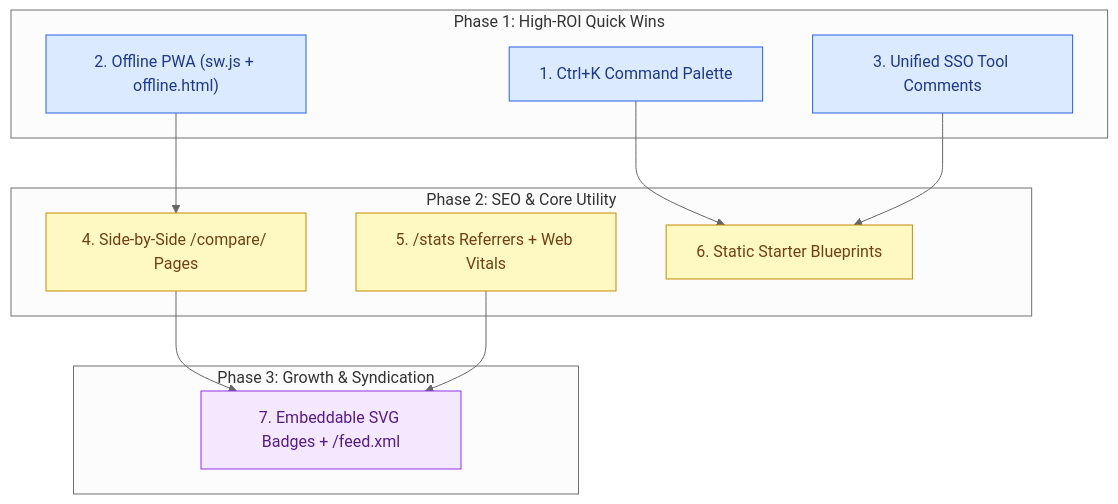
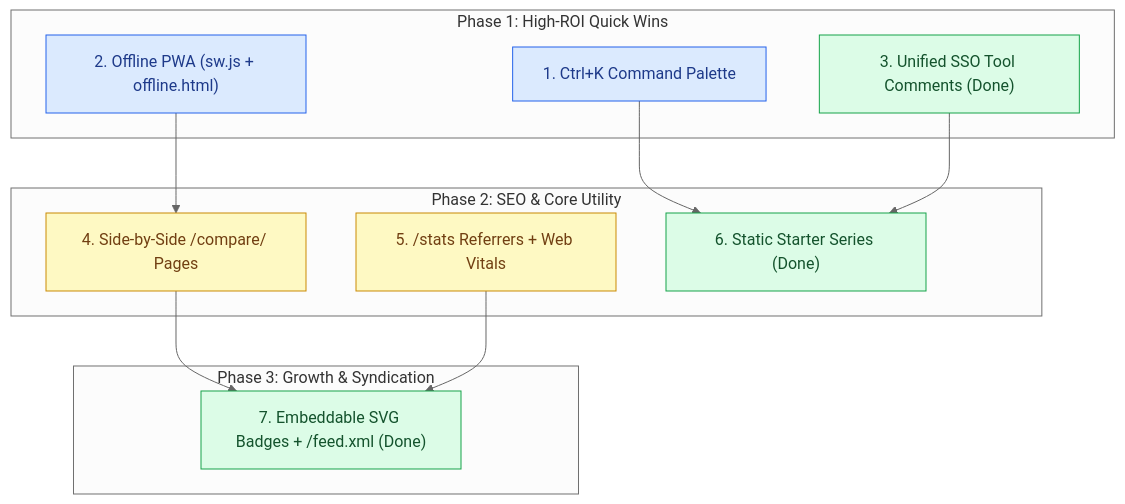
The diagram in suggest.md (E6WeB/htmlstatic), drawn with Mermaid (neutral theme) before and after one commit. The commit also changed other lines of this file, not shown here.

````diff
--- a/suggest.md
+++ b/suggest.md
@@ -59,28 +58,29 @@
 ```mermaid
 flowchart TD
     classDef phase1 fill:#dbeafe,stroke:#2563eb,color:#1e3a8a
     classDef phase2 fill:#fef9c3,stroke:#ca8a04,color:#713f12
     classDef phase3 fill:#f3e8ff,stroke:#9333ea,color:#581c87
+    classDef done fill:#dcfce7,stroke:#16a34a,color:#14532d
 
     subgraph "Phase 1: High-ROI Quick Wins"
         P1A["1. Ctrl+K Command Palette"]:::phase1
         P1B["2. Offline PWA (sw.js + offline.html)"]:::phase1
-        P1C["3. Unified SSO Tool Comments"]:::phase1
+        P1C["3. Unified SSO Tool Comments (Done)"]:::done
     end
 
     subgraph "Phase 2: SEO & Core Utility"
         P2A["4. Side-by-Side /compare/ Pages"]:::phase2
         P2B["5. /stats Referrers + Web Vitals"]:::phase2
-        P2C["6. Static Starter Blueprints"]:::phase2
+        P2C["6. Static Starter Series (Done)"]:::done
     end
 
     subgraph "Phase 3: Growth & Syndication"
-        P3A["7. Embeddable SVG Badges + /feed.xml"]:::phase3
+        P3A["7. Embeddable SVG Badges + /feed.xml (Done)"]:::done
     end
 
     P1A --> P2C
     P1B --> P2A
     P1C --> P2C
     P2A --> P3A
     P2B --> P3A
 ```
````
